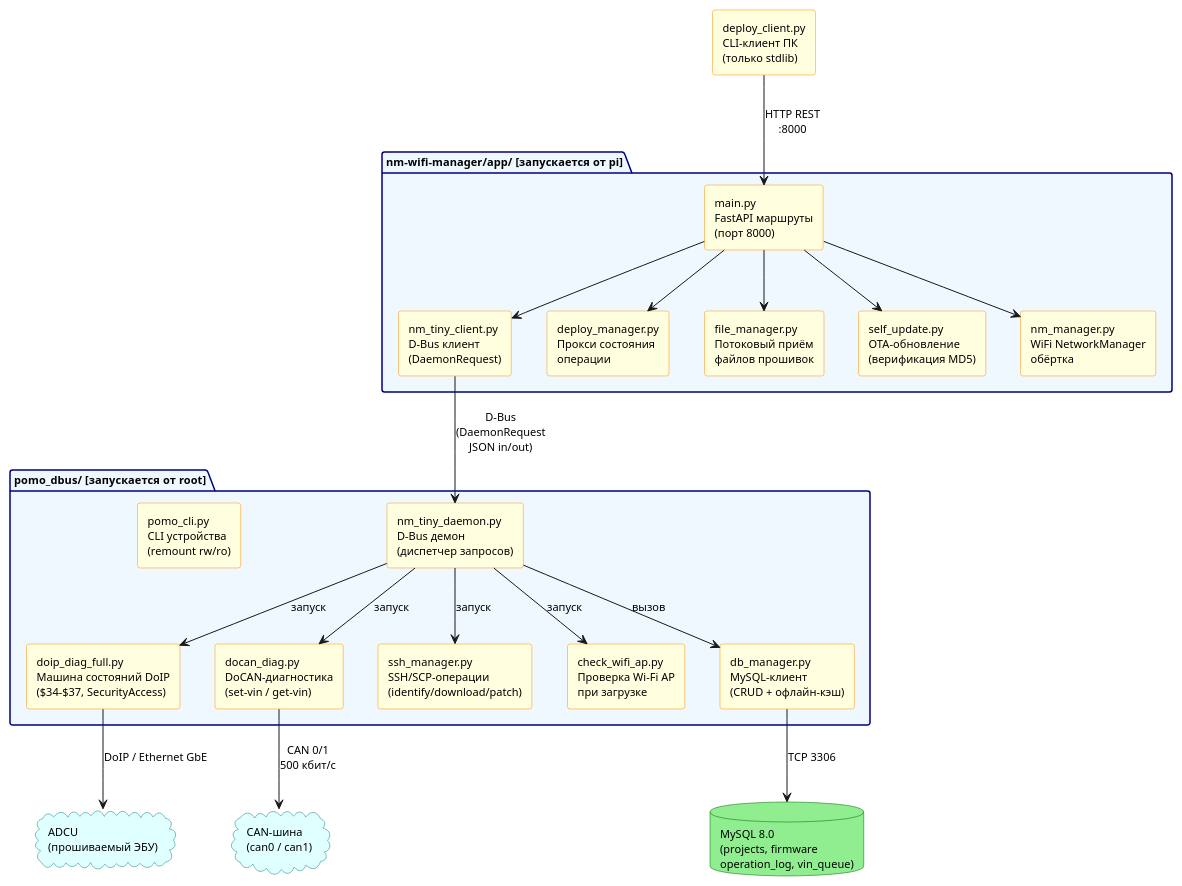
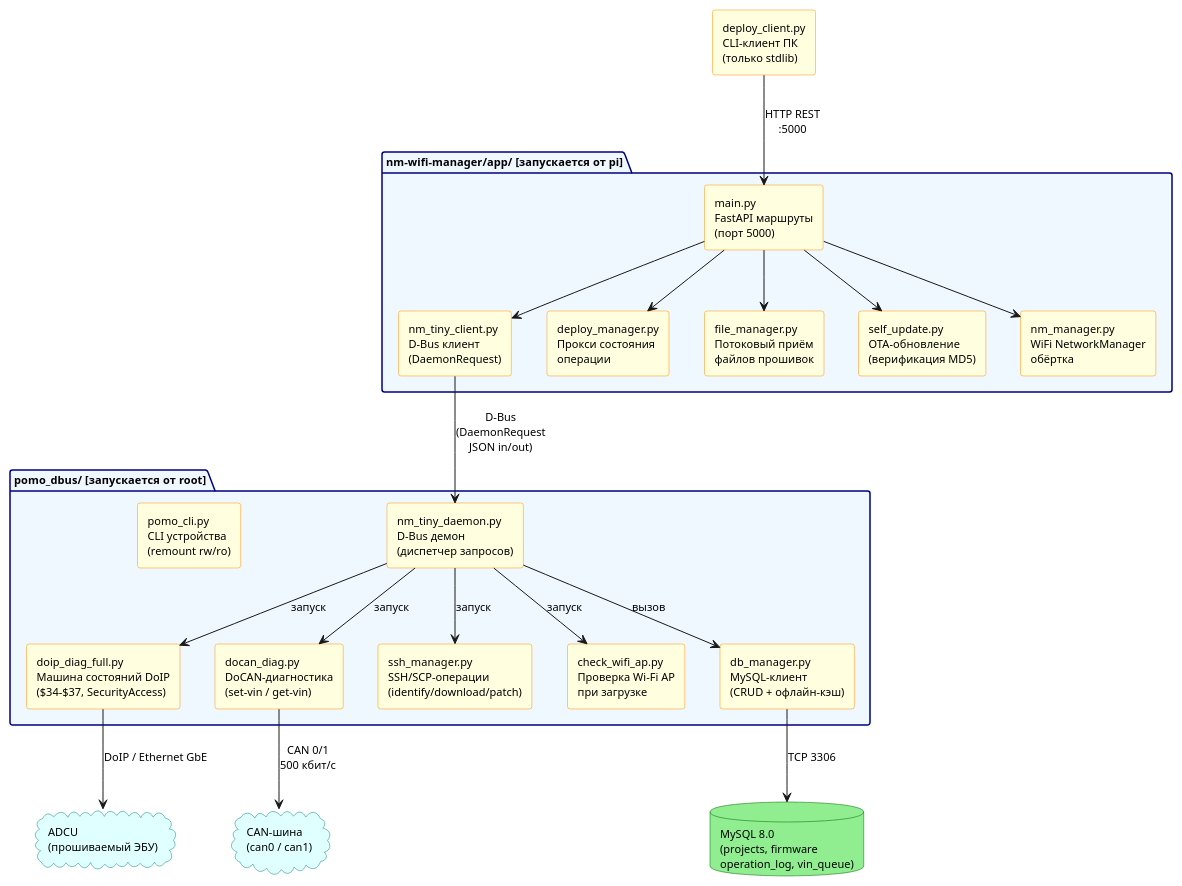
The diagram in 02_module_diagram.md (hc7/vkr1), drawn with PlantUML before and after one commit.

````diff
--- a/02_module_diagram.md
+++ b/02_module_diagram.md
@@ -1,76 +1,76 @@
 ```plantuml
 @startuml 02_module_diagram
 
 skinparam defaultFontName Times New Roman
 skinparam defaultFontSize 11
 skinparam componentStyle rectangle
 skinparam component {
   BackgroundColor LightYellow
   BorderColor DarkOrange
 }
 skinparam package {
   BackgroundColor #F0F8FF
   BorderColor Navy
   FontStyle bold
 }
 skinparam database {
   BackgroundColor LightGreen
   BorderColor DarkGreen
 }
 skinparam cloud {
   BackgroundColor LightCyan
   BorderColor Teal
 }
 
 package "pomo_dbus/  [запускается от root]" as dbus_pkg {
   component "nm_tiny_daemon.py\nD-Bus демон\n(диспетчер запросов)" as daemon
   component "doip_diag_full.py\nМашина состояний DoIP\n($34–$37, SecurityAccess)" as doip
   component "docan_diag.py\nDoCAN-диагностика\n(set-vin / get-vin)" as docan
   component "ssh_manager.py\nSSH/SCP-операции\n(identify/download/patch)" as ssh
   component "check_wifi_ap.py\nПроверка Wi-Fi AP\nпри загрузке" as wifi_check
   component "pomo_cli.py\nCLI устройства\n(remount rw/ro)" as pomo_cli
   component "db_manager.py\nMySQL-клиент\n(CRUD + офлайн-кэш)" as db_mgr
 }
 
 package "nm-wifi-manager/app/  [запускается от pi]" as web_pkg {
-  component "main.py\nFastAPI маршруты\n(порт 8000)" as main
+  component "main.py\nFastAPI маршруты\n(порт 5000)" as main
   component "nm_tiny_client.py\nD-Bus клиент\n(DaemonRequest)" as nm_client
   component "deploy_manager.py\nПрокси состояния\nоперации" as deploy_mgr
   component "file_manager.py\nПотоковый приём\nфайлов прошивок" as file_mgr
   component "self_update.py\nОТА-обновление\n(верификация MD5)" as self_upd
   component "nm_manager.py\nWiFi NetworkManager\nобёртка" as nm_mgr
 }
 
 component "deploy_client.py\nCLI-клиент ПК\n(только stdlib)" as cli_pc
 
 database "MySQL 8.0\n(projects, firmware\noperation_log, vin_queue)" as mysql
 
 cloud "ADCU\n(прошиваемый ЭБУ)" as adcu
 cloud "CAN-шина\n(can0 / can1)" as can_bus
 
 ' Internal daemon connections
 daemon --> doip : запуск
 daemon --> docan : запуск
 daemon --> ssh : запуск
 daemon --> wifi_check : запуск
 daemon --> db_mgr : вызов
 
 ' FastAPI internal
 main --> nm_client
 main --> deploy_mgr
 main --> file_mgr
 main --> self_upd
 main --> nm_mgr
 
 ' D-Bus boundary
 nm_client --> daemon : D-Bus\n(DaemonRequest\nJSON in/out)
 
 ' External connections
 doip --> adcu : DoIP / Ethernet GbE
 docan --> can_bus : CAN 0/1\n500 кбит/с
 db_mgr --> mysql : TCP 3306
 
 ' External clients
-cli_pc --> main : HTTP REST\n:8000
+cli_pc --> main : HTTP REST\n:5000
 @enduml
 ```
````
